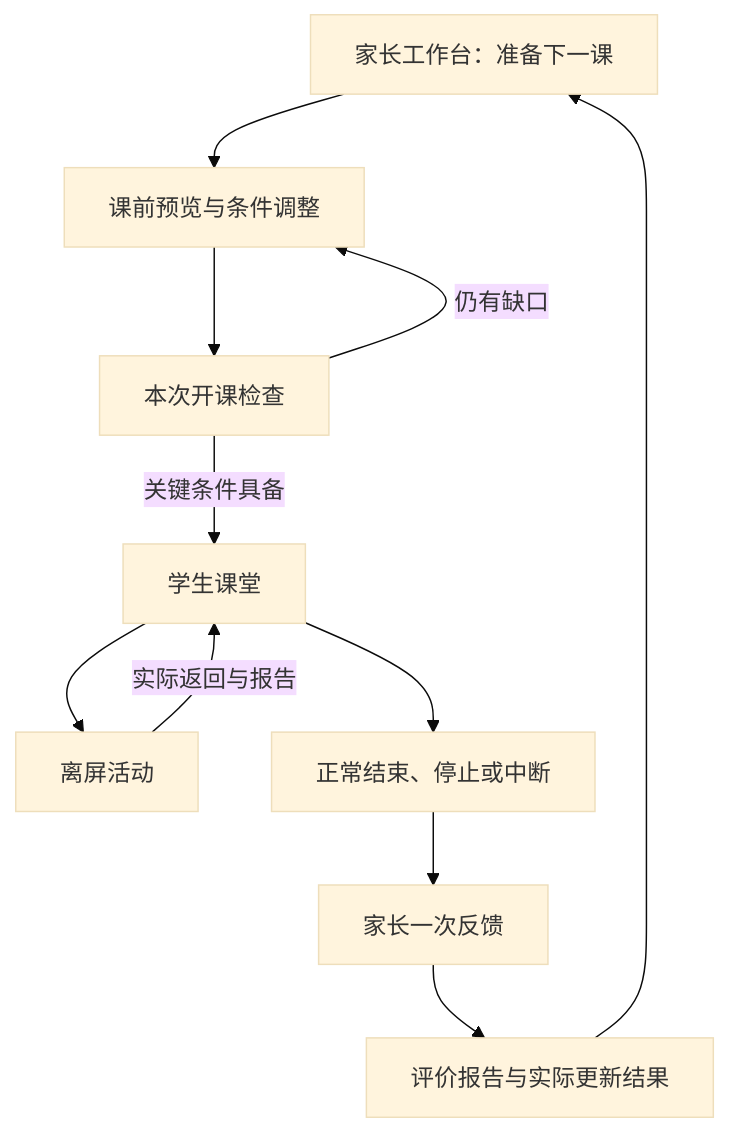
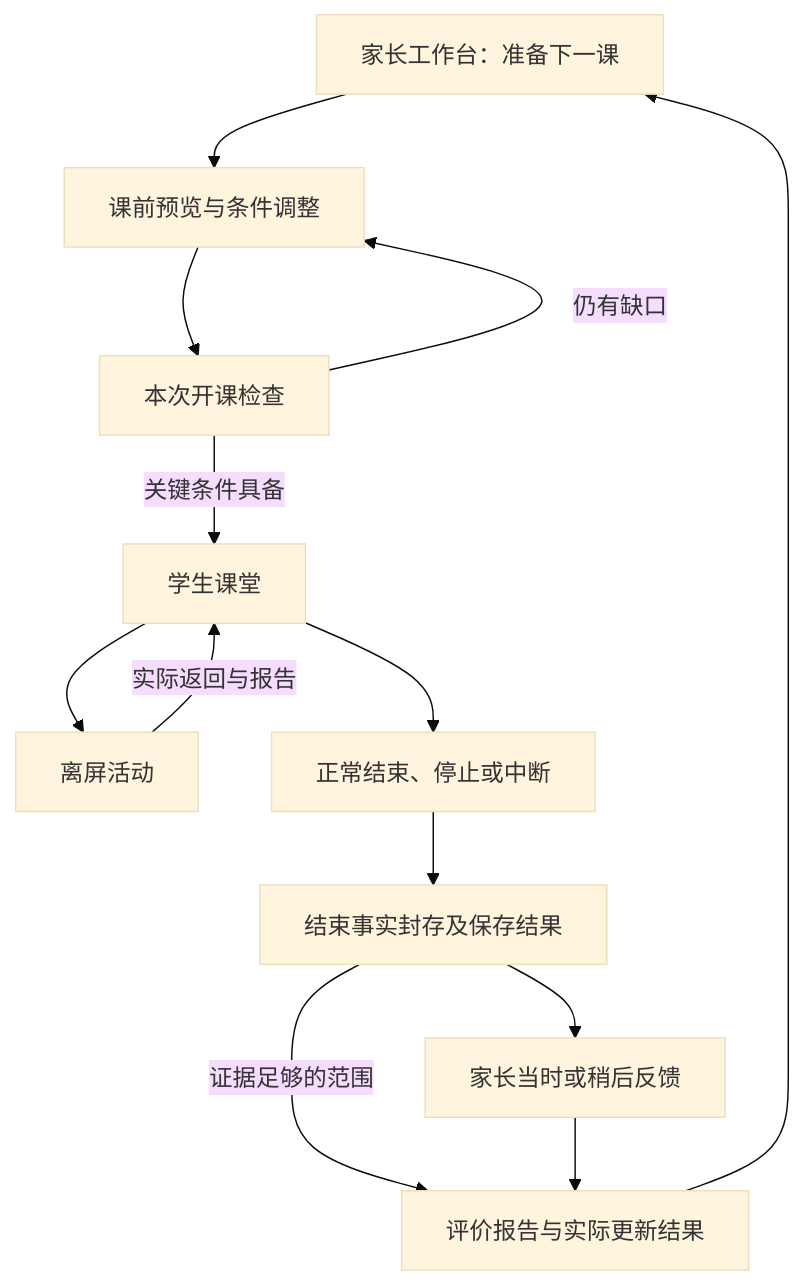
One commit to AltairEven/ProjectJ changed the diagram in design/interface/preview-start.md. Above: the diagram before and after it, drawn with Mermaid (base theme). The commit also changed other lines of this file and 69 other files, not shown here.

````diff
--- a/design/interface/preview-start.md
+++ b/design/interface/preview-start.md
@@ -9,13 +9,15 @@
 ```mermaid
 flowchart TD
     A[家长工作台：准备下一课] --> B[课前预览与条件调整]
     B --> C[本次开课检查]
     C -->|关键条件具备| D[学生课堂]
     C -->|仍有缺口| B
     D --> E[离屏活动]
     E -->|实际返回与报告| D
     D --> F[正常结束、停止或中断]
-    F --> G[家长一次反馈]
+F --> S[结束事实封存及保存结果]
+S --> G[家长当时或稍后反馈]
+S -->|证据足够的范围| H
     G --> H[评价报告与实际更新结果]
     H --> A
 ```
````
